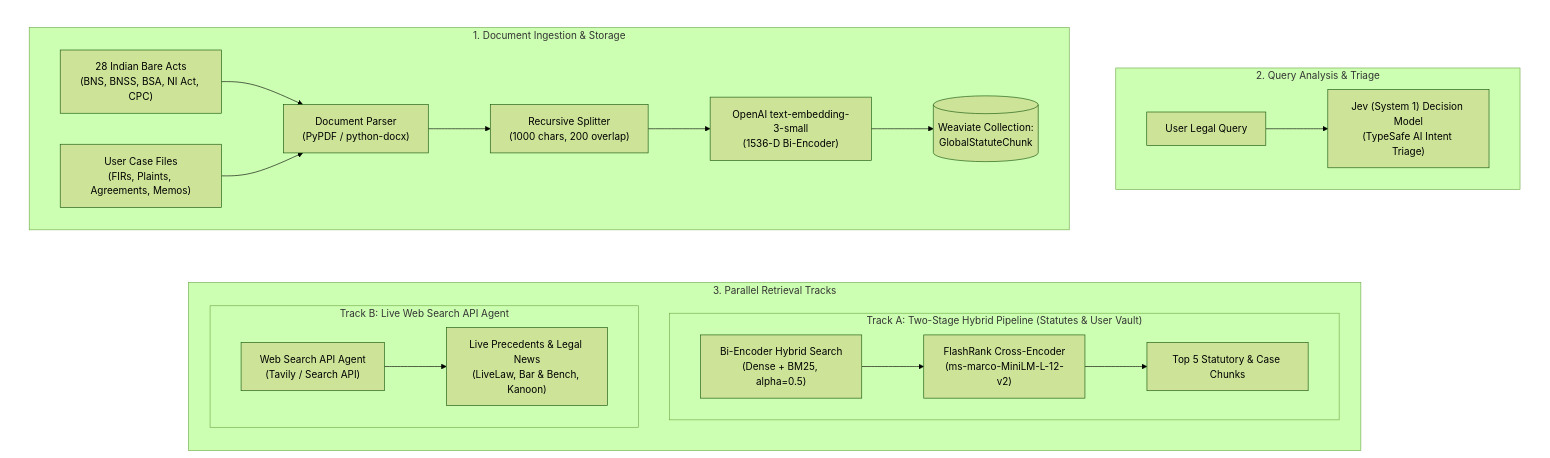
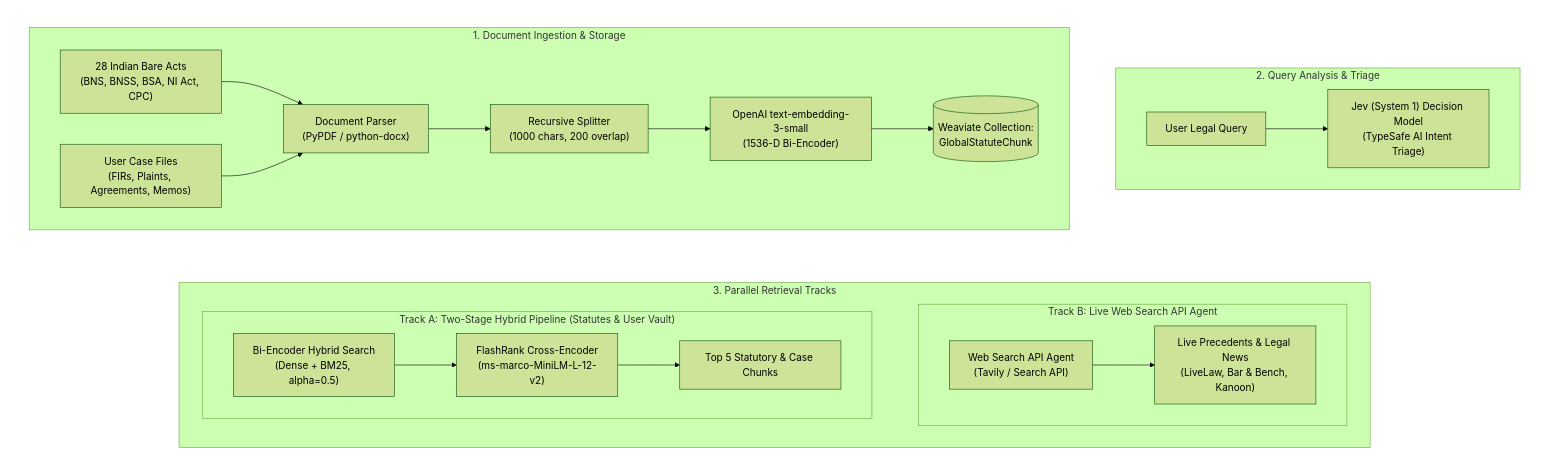
Before and after one commit to JaywardhanYadav/LegalDrishti-AI: the first of 2 diagrams in README.md, drawn with Mermaid (forest theme).

Commit message:
docs: align Track A and Track B side-by-side into one line in Box 3 of V1 diagram

````diff
--- a/README.md
+++ b/README.md
@@ -35,41 +35,43 @@
 ```mermaid
 flowchart TD
     subgraph ROW1[" "]
         direction LR
         subgraph INGEST_V1["1. Document Ingestion & Storage"]
             direction LR
             DOC_STATUTES["28 Indian Bare Acts\n(BNS, BNSS, BSA, NI Act, CPC)"]
             DOC_USER["User Case Files\n(FIRs, Plaints, Agreements, Memos)"]
 
             DOC_STATUTES --> PARSER_V1["Document Parser\n(PyPDF / python-docx)"]
             DOC_USER --> PARSER_V1
             PARSER_V1 --> CHUNK_V1["Recursive Splitter\n(1000 chars, 200 overlap)"]
             CHUNK_V1 --> EMBED_V1["OpenAI text-embedding-3-small\n(1536-D Bi-Encoder)"]
             EMBED_V1 --> WEAVIATE_V1[("Weaviate Collection:\nGlobalStatuteChunk")]
         end
 
         INGEST_V1 ~~~ TRIAGE_V1
 
         subgraph TRIAGE_V1["2. Query Analysis & Triage"]
             direction LR
             QUERY_V1["User Legal Query"] --> JEV_V1["Jev (System 1) Decision Model\n(TypeSafe AI Intent Triage)"]
         end
     end
 
     subgraph RETRIEVE_V1["3. Parallel Retrieval Tracks"]
-        direction TB
+        direction LR
 
         subgraph PIPELINE_INTERNAL["Track A: Two-Stage Hybrid Pipeline (Statutes & User Vault)"]
             direction LR
             HYBRID_V1["Bi-Encoder Hybrid Search\n(Dense + BM25, alpha=0.5)"] --> RERANK_V1["FlashRank Cross-Encoder\n(ms-marco-MiniLM-L-12-v2)"] --> TOP_INTERNAL["Top 5 Statutory & Case Chunks"]
         end
+
+        PIPELINE_INTERNAL ~~~ PIPELINE_WEB
 
         subgraph PIPELINE_WEB["Track B: Live Web Search API Agent"]
             direction LR
             AGENT_WEB["Web Search API Agent\n(Tavily / Search API)"] --> WEB_RESULTS["Live Precedents & Legal News\n(LiveLaw, Bar & Bench, Kanoon)"]
         end
     end
 
     ROW1 ~~~ RETRIEVE_V1
     style ROW1 fill:none,stroke:none
 ```
````
